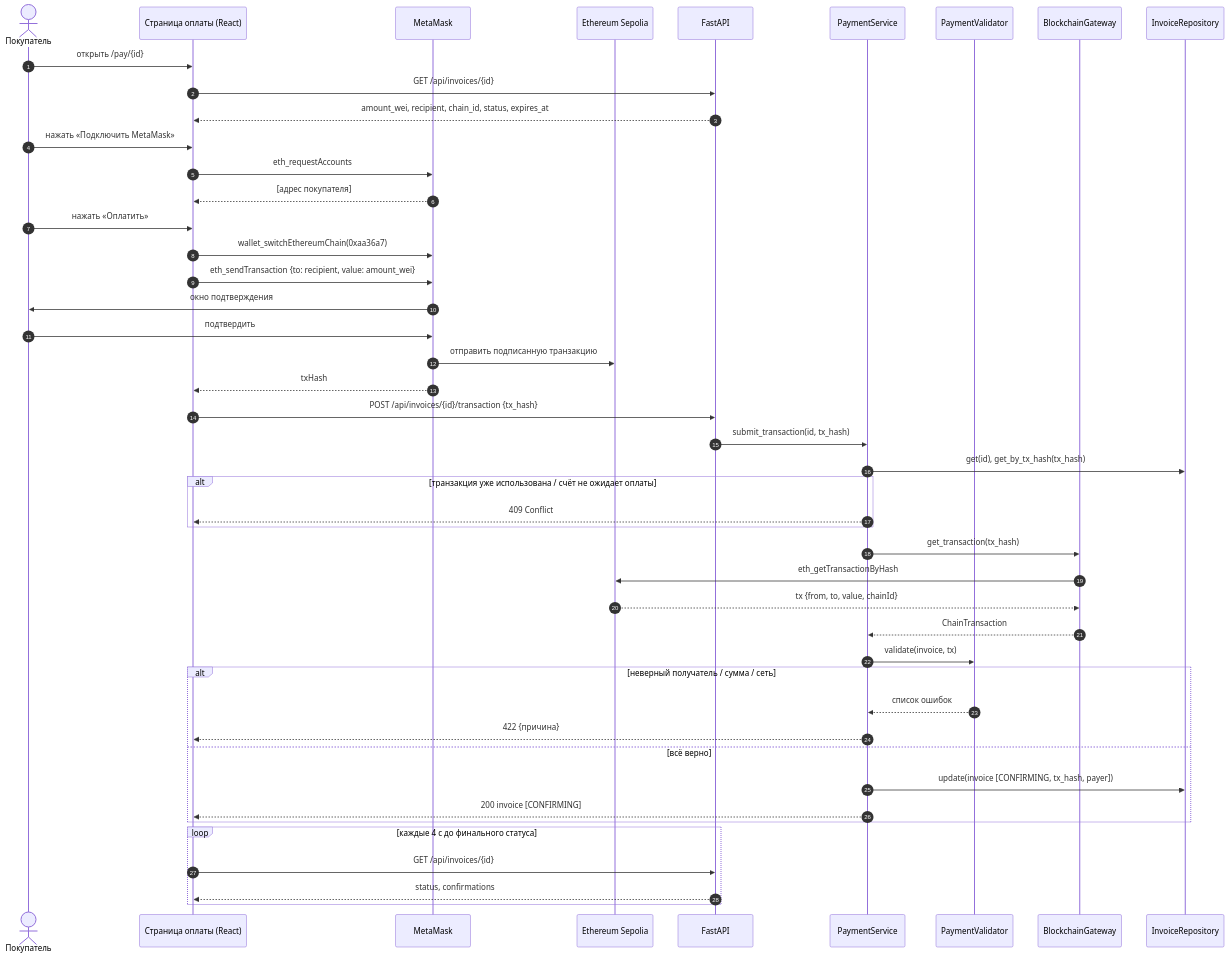
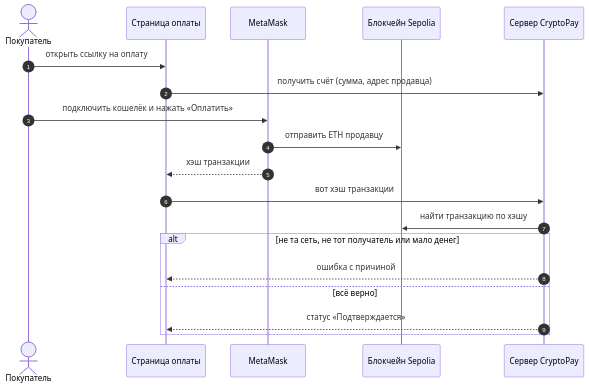
One commit to AslanTabaldiev/Cryptopay changed the second of 3 diagrams in docs/03-sequence.md. Above: the diagram before and after it, drawn with Mermaid. The commit also changed other lines of this file and 1 other file, not shown here.

Commit message:
Упрощённые диаграммы последовательности

````diff
--- a/docs/03-sequence.md
+++ b/docs/03-sequence.md
@@ -31,49 +24,22 @@
 ```mermaid
 sequenceDiagram
     autonumber
     actor C as Покупатель
-    participant UI as Страница оплаты (React)
+    participant UI as Страница оплаты
     participant W as MetaMask
-    participant Chain as Ethereum Sepolia
-    participant API as FastAPI
-    participant PS as PaymentService
-    participant V as PaymentValidator
-    participant BC as BlockchainGateway
-    participant Repo as InvoiceRepository
+    participant Chain as Блокчейн Sepolia
+    participant S as Сервер CryptoPay
 
-    C->>UI: открыть /pay/{id}
-    UI->>API: GET /api/invoices/{id}
-    API-->>UI: amount_wei, recipient, chain_id, status, expires_at
-    C->>UI: нажать «Подключить MetaMask»
-    UI->>W: eth_requestAccounts
-    W-->>UI: [адрес покупателя]
-    C->>UI: нажать «Оплатить»
-    UI->>W: wallet_switchEthereumChain(0xaa36a7)
-    UI->>W: eth_sendTransaction {to: recipient, value: amount_wei}
-    W->>C: окно подтверждения
-    C->>W: подтвердить
-    W->>Chain: отправить подписанную транзакцию
-    W-->>UI: txHash
-    UI->>API: POST /api/invoices/{id}/transaction {tx_hash}
-    API->>PS: submit_transaction(id, tx_hash)
-    PS->>Repo: get(id), get_by_tx_hash(tx_hash)
-    alt транзакция уже использована / счёт не ожидает оплаты
-        PS-->>UI: 409 Conflict
-    end
-    PS->>BC: get_transaction(tx_hash)
-    BC->>Chain: eth_getTransactionByHash
-    Chain-->>BC: tx {from, to, value, chainId}
-    BC-->>PS: ChainTransaction
-    PS->>V: validate(invoice, tx)
-    alt неверный получатель / сумма / сеть
-        V-->>PS: список ошибок
-        PS-->>UI: 422 {причина}
+    C->>UI: открыть ссылку на оплату
+    UI->>S: получить счёт (сумма, адрес продавца)
+    C->>W: подключить кошелёк и нажать «Оплатить»
+    W->>Chain: отправить ETH продавцу
+    W-->>UI: хэш транзакции
+    UI->>S: вот хэш транзакции
+    S->>Chain: найти транзакцию по хэшу
+    alt не та сеть, не тот получатель или мало денег
+        S-->>UI: ошибка с причиной
     else всё верно
-        PS->>Repo: update(invoice [CONFIRMING, tx_hash, payer])
-        PS-->>UI: 200 invoice [CONFIRMING]
-    end
-    loop каждые 4 с до финального статуса
-        UI->>API: GET /api/invoices/{id}
-        API-->>UI: status, confirmations
+        S-->>UI: статус «Подтверждается»
     end
 ```
````
